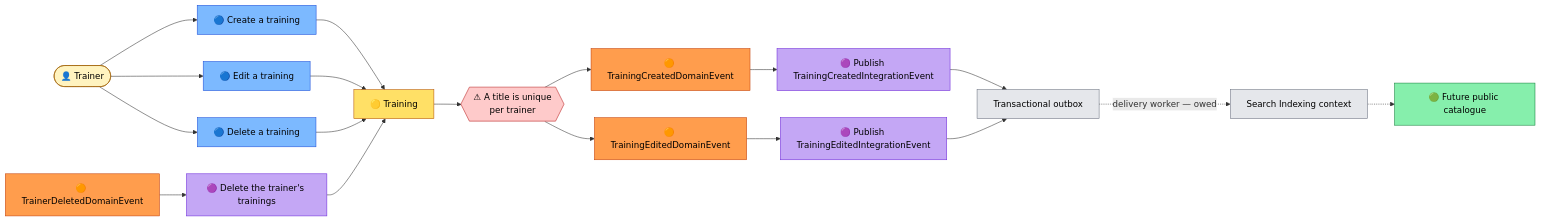
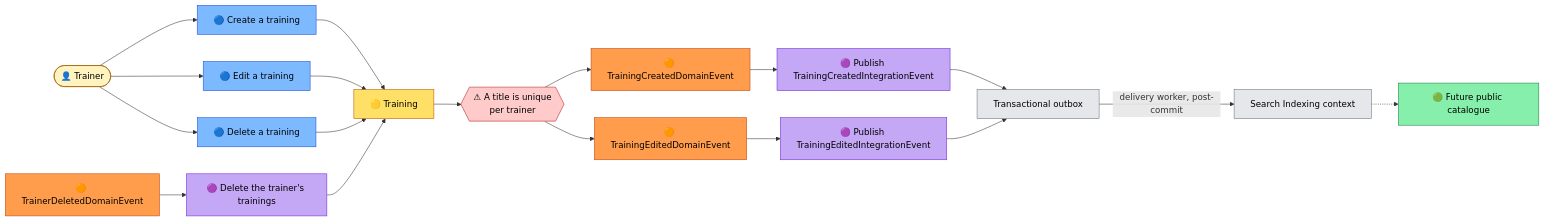
One commit to maxime-poulain/BLRefactoring changed the second of 2 diagrams in docs/strategic-design/event-storming.md. Above: the diagram before and after it, drawn with Mermaid. The commit also changed other lines of this file and 31 other files, not shown here.

````diff
--- a/docs/strategic-design/event-storming.md
+++ b/docs/strategic-design/event-storming.md
@@ -112,43 +106,43 @@
 ```mermaid
 flowchart LR
     A(["👤 Trainer"]) --> C1["🔵 Create a training"]
     A --> C2["🔵 Edit a training"]
     A --> C3["🔵 Delete a training"]
 
     C1 --> AG["🟡 Training"]
     C2 --> AG
     C3 --> AG
 
     AG --> INV{{"⚠ A title is unique<br/>per trainer"}}
     INV --> E1["🟠 TrainingCreatedDomainEvent"]
     INV --> E2["🟠 TrainingEditedDomainEvent"]
 
     E1 --> P1["🟣 Publish TrainingCreatedIntegrationEvent"]
     E2 --> P2["🟣 Publish TrainingEditedIntegrationEvent"]
     P1 --> OB["Transactional outbox"]
     P2 --> OB
-    OB -.->|"delivery worker — owed"| SI["Search Indexing context"]
+    OB -->|"delivery worker, post-commit"| SI["Search Indexing context"]
 
     SI -.-> RM["🟢 Future public catalogue"]
 
     TD["🟠 TrainerDeletedDomainEvent"] --> P3["🟣 Delete the trainer's trainings"]
     P3 --> AG
 
     classDef event fill:#ff9d4d,stroke:#c2410c,color:#000
     classDef command fill:#7cb9ff,stroke:#1d4ed8,color:#000
     classDef aggregate fill:#ffe066,stroke:#b45309,color:#000
     classDef policy fill:#c4a7f5,stroke:#6d28d9,color:#000
     classDef actor fill:#fff3bf,stroke:#a16207,color:#000
     classDef readmodel fill:#86efac,stroke:#15803d,color:#000
     classDef external fill:#e5e7eb,stroke:#6b7280,color:#000
     classDef invariant fill:#fecaca,stroke:#b91c1c,color:#000
 
     class E1,E2,TD event
     class C1,C2,C3 command
     class AG aggregate
     class P1,P2,P3 policy
     class A actor
     class RM readmodel
     class SI,OB external
     class INV invariant
 ```
````
